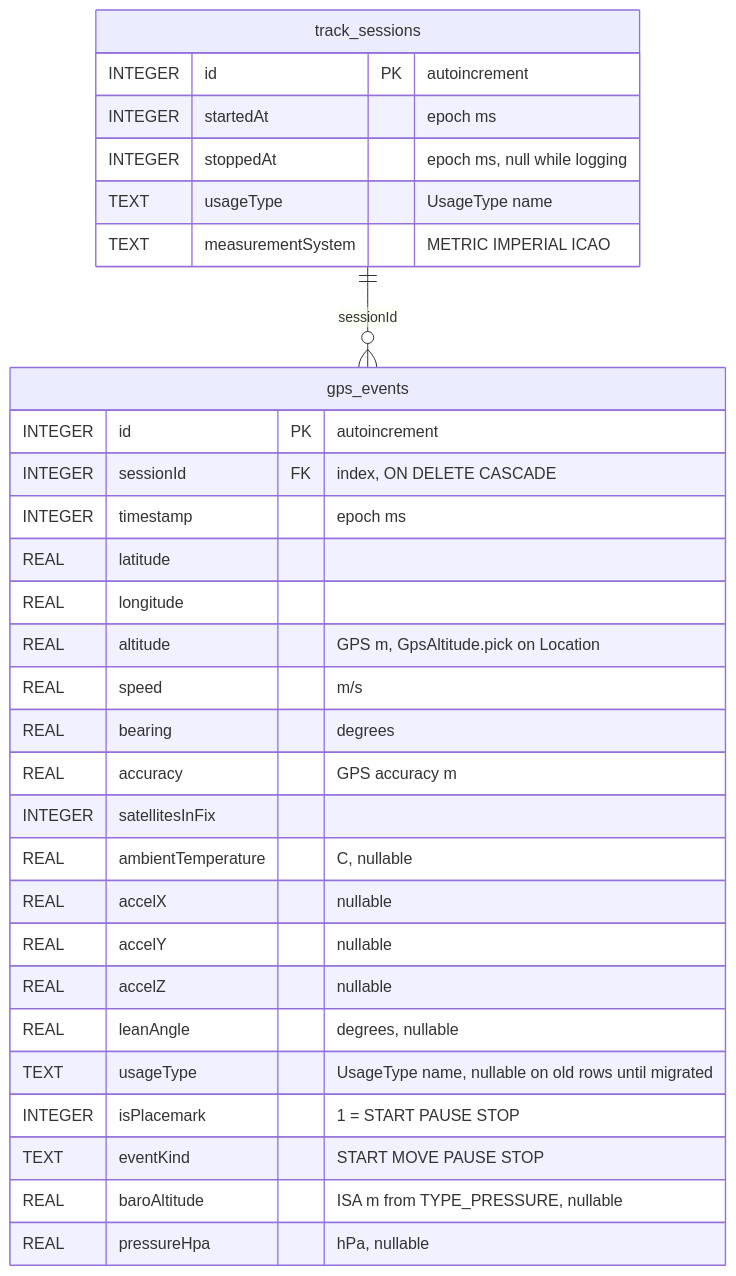
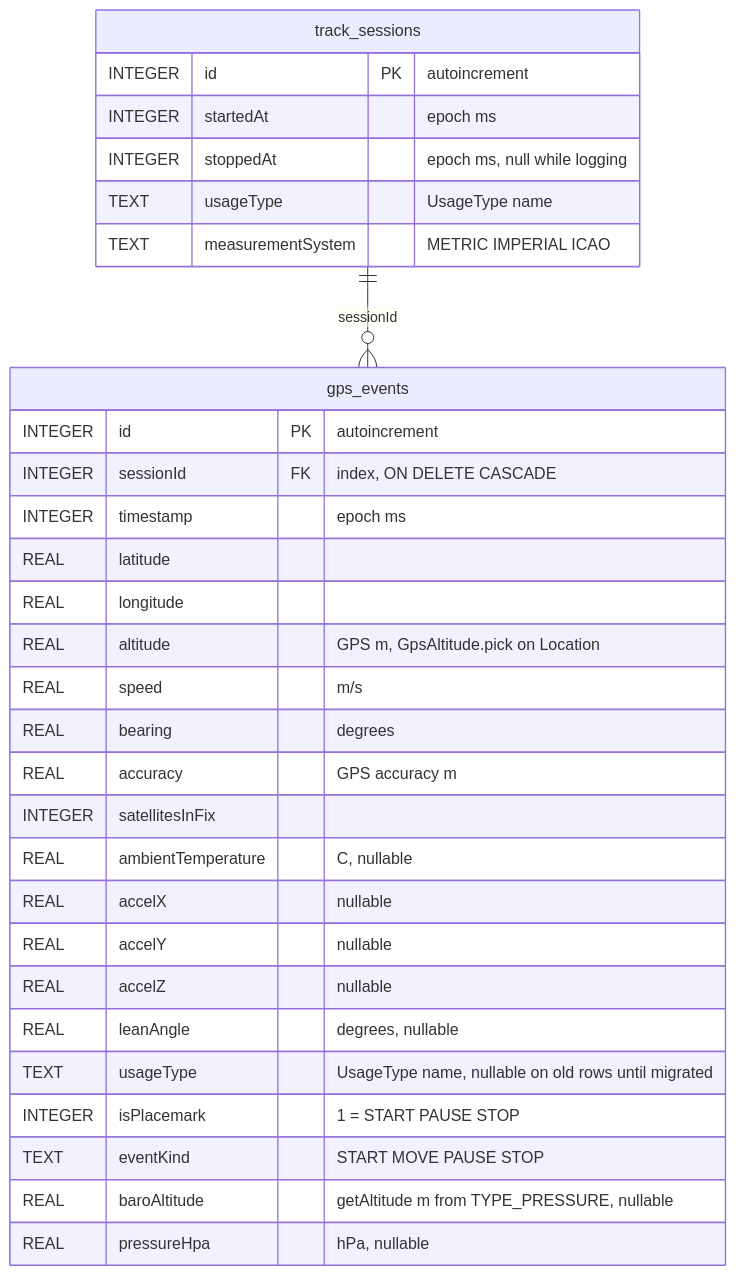
Before and after one commit to lkovari/gtl: the diagram in docs/DBSTRUCT-en.md, drawn with Mermaid. The commit also changed other lines of this file and 24 other files, not shown here.

````diff
--- a/docs/DBSTRUCT-en.md
+++ b/docs/DBSTRUCT-en.md
@@ -8,35 +8,35 @@
 ```mermaid
 erDiagram
     track_sessions ||--o{ gps_events : "sessionId"
 
     track_sessions {
         INTEGER id PK "autoincrement"
         INTEGER startedAt "epoch ms"
         INTEGER stoppedAt "epoch ms, null while logging"
         TEXT usageType "UsageType name"
         TEXT measurementSystem "METRIC IMPERIAL ICAO"
     }
 
     gps_events {
         INTEGER id PK "autoincrement"
         INTEGER sessionId FK "index, ON DELETE CASCADE"
         INTEGER timestamp "epoch ms"
         REAL latitude
         REAL longitude
         REAL altitude "GPS m, GpsAltitude.pick on Location"
         REAL speed "m/s"
         REAL bearing "degrees"
         REAL accuracy "GPS accuracy m"
         INTEGER satellitesInFix
         REAL ambientTemperature "C, nullable"
         REAL accelX "nullable"
         REAL accelY "nullable"
         REAL accelZ "nullable"
         REAL leanAngle "degrees, nullable"
         TEXT usageType "UsageType name, nullable on old rows until migrated"
         INTEGER isPlacemark "1 = START PAUSE STOP"
         TEXT eventKind "START MOVE PAUSE STOP"
-        REAL baroAltitude "ISA m from TYPE_PRESSURE, nullable"
+        REAL baroAltitude "getAltitude m from TYPE_PRESSURE, nullable"
         REAL pressureHpa "hPa, nullable"
     }
 ```
````
